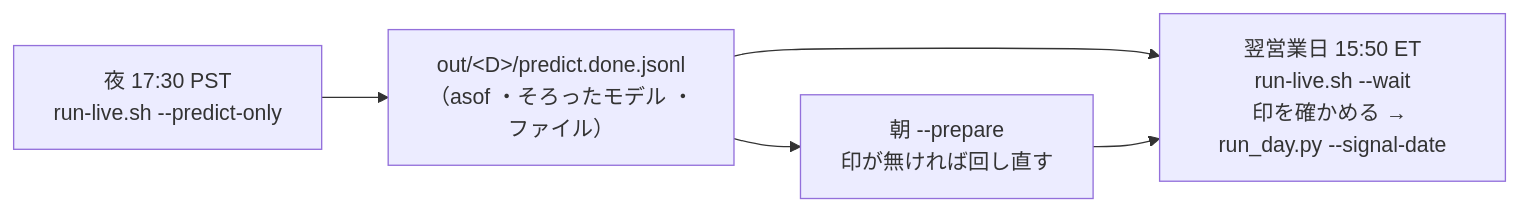
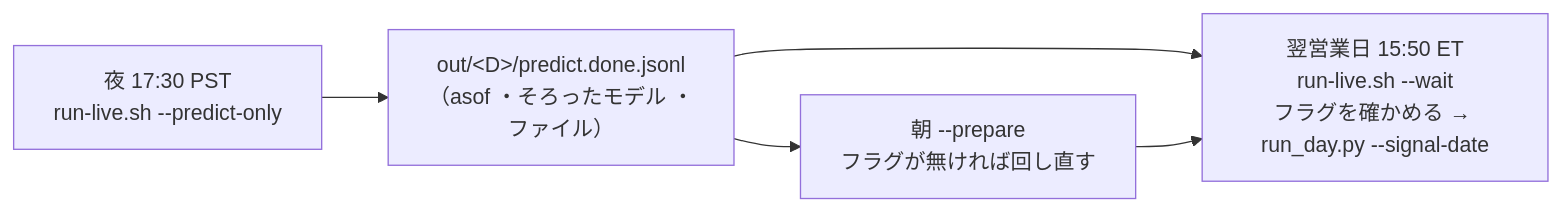
One commit to akiraak/ai-income-lab changed diagram 19 of 21 in docs/specs/experiments/live-trading.md. Above: the diagram before and after it, drawn with Mermaid. The commit also changed other lines of this file and 45 other files, not shown here.

````diff
--- a/docs/specs/experiments/live-trading.md
+++ b/docs/specs/experiments/live-trading.md
@@ -1316,7 +1316,7 @@
 ```mermaid
 flowchart LR
   N["夜 17:30 PST<br/>run-live.sh --predict-only"] --> M["out/&lt;D&gt;/predict.done.jsonl<br/>（asof ・そろったモデル ・ファイル）"]
-  M --> P["朝 --prepare<br/>印が無ければ回し直す"]
-  M --> T["翌営業日 15:50 ET<br/>run-live.sh --wait<br/>印を確かめる → run_day.py --signal-date"]
+  M --> P["朝 --prepare<br/>フラグが無ければ回し直す"]
+  M --> T["翌営業日 15:50 ET<br/>run-live.sh --wait<br/>フラグを確かめる → run_day.py --signal-date"]
   P --> T
 ```
````
